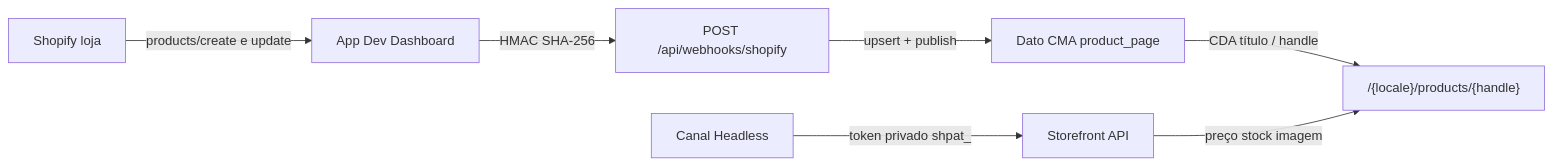
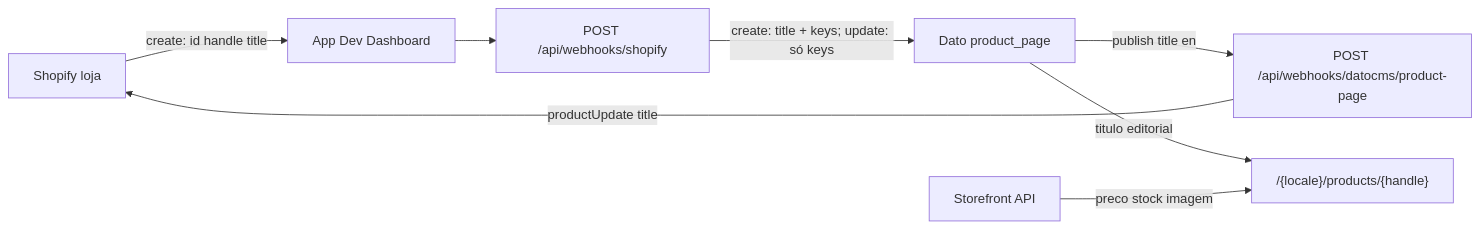
One commit to ezequiel-da-silva/enterprise-next-datocms changed the diagram in docs/SHOPIFY.md. Above: the diagram before and after it, drawn with Mermaid. The commit also changed other lines of this file and 15 other files, not shown here.

Commit message:
feat(shopify): implement product title synchronization from Dato to Shopify via webhook; enhance environment variable handling for Admin API; update documentation for new webhook and environment requirements

````diff
--- a/docs/SHOPIFY.md
+++ b/docs/SHOPIFY.md
@@ -9,17 +9,18 @@
 ```mermaid
 flowchart LR
   ShopifyStore[Shopify loja]
   AppWebhook[App Dev Dashboard]
-  NextWebhook["POST /api/webhooks/shopify"]
-  DatoCMA[Dato CMA product_page]
+  NextShopify["POST /api/webhooks/shopify"]
+  DatoCMA[Dato product_page]
+  NextDato["POST /api/webhooks/datocms/product-page"]
   NextPDP["/{locale}/products/{handle}"]
   Storefront[Storefront API]
-  Headless[Canal Headless]
 
-  ShopifyStore -->|products/create e update| AppWebhook
-  AppWebhook -->|HMAC SHA-256| NextWebhook
-  NextWebhook -->|upsert + publish| DatoCMA
-  DatoCMA -->|CDA título / handle| NextPDP
-  Headless -->|token privado shpat_| Storefront
-  Storefront -->|preço stock imagem| NextPDP
+  ShopifyStore -->|"create: id handle title"| AppWebhook
+  AppWebhook --> NextShopify
+  NextShopify -->|"create: title + keys; update: só keys"| DatoCMA
+  DatoCMA -->|"publish title en"| NextDato
+  NextDato -->|productUpdate title| ShopifyStore
+  DatoCMA -->|titulo editorial| NextPDP
+  Storefront -->|preco stock imagem| NextPDP
 ```
````
